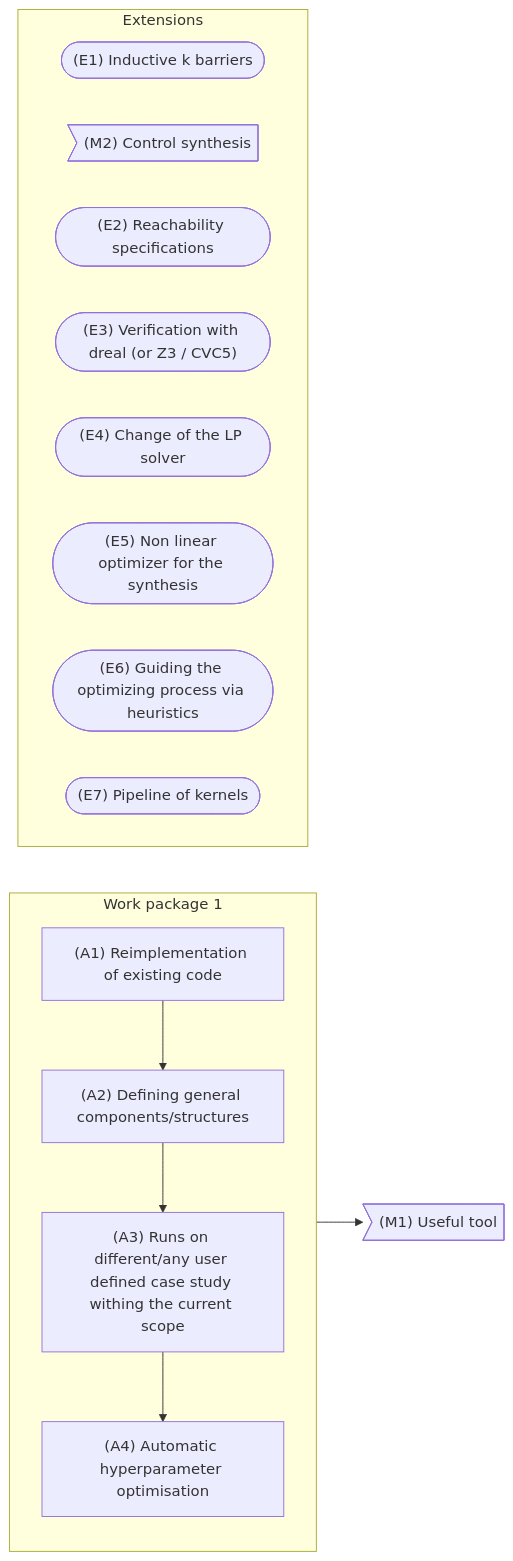
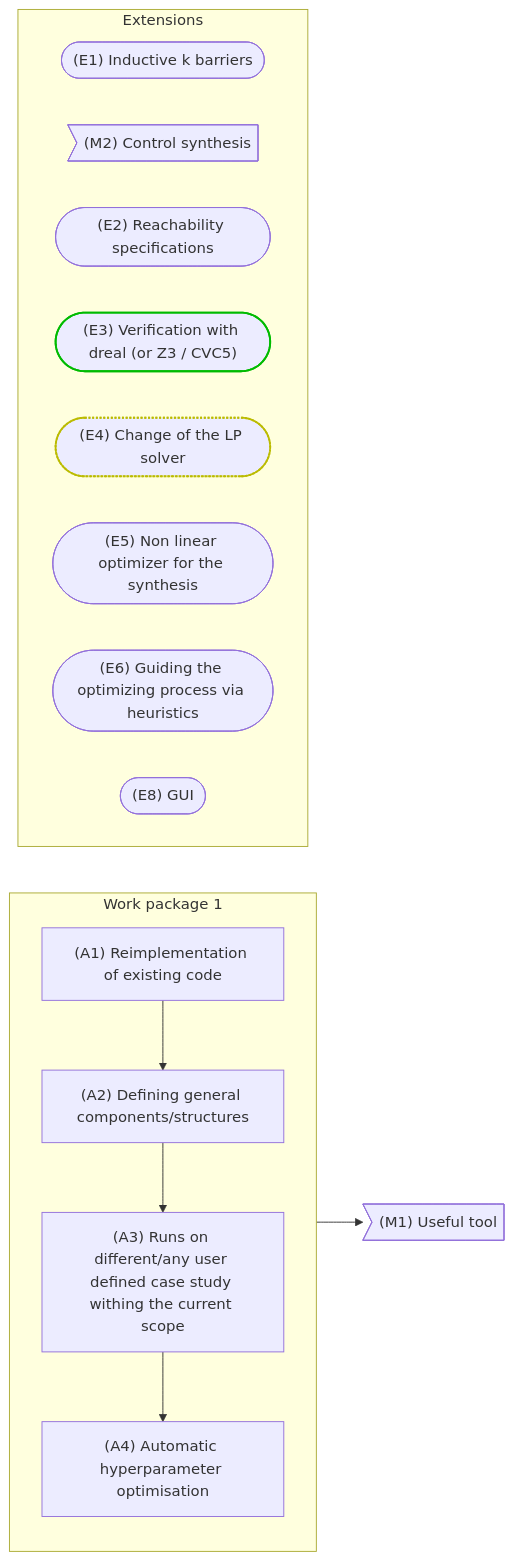
One commit to TendTo/lucid changed the diagram in docs/Todo.md. Above: the diagram before and after it, drawn with Mermaid. The commit also changed other lines of this file and 7 other files, not shown here.

Commit message:
docs: add json schema and upload it in the documentation

````diff
--- a/docs/Todo.md
+++ b/docs/Todo.md
@@ -34,24 +5,30 @@
 ```mermaid
 flowchart LR
     subgraph wp1 [Work package 1]
         direction TB
         a1["(A1) Reimplementation of existing code"]
         a2["(A2) Defining general components/structures"]
         a3["(A3) Runs on different/any user defined case study withing the current scope"]
         a4["(A4) Automatic hyperparameter optimisation"]
     end
     m1>"(M1) Useful tool"]
     subgraph Extensions
         direction RL
         e1(["(E1) Inductive k barriers"])
         m2>"(M2) Control synthesis"]
         e2(["(E2) Reachability specifications"])
-        e3(["(E3) Verification with dreal (or Z3 / CVC5)"])
-        e4(["(E4) Change of the LP solver"])
+        e3(["(E3) Verification with dreal (or Z3 / CVC5)"]):::available
+        e4(["(E4) Change of the LP solver"]):::in-development
         e5(["(E5) Non linear optimizer for the synthesis"])
         e6(["(E6) Guiding the optimizing process via heuristics"])
         e7(["(E7) Pipeline of kernels"])
+        e7(["(E8) GUI"])
     end
     a1 --> a2 --> a3 --> a4
     wp1 --> m1
+
+classDef available stroke:#0b0,stroke-width:2px;
+classDef in-development stroke:#bb0,stroke-width:2px,stroke-dasharray:2px;
+classDef planned stroke:#0bb,stroke-width:2px,stroke-dasharray:5px;
+classDef not-planned stroke:#b00,stroke-width:2px,stroke-dasharray:15px;
 ```
````
